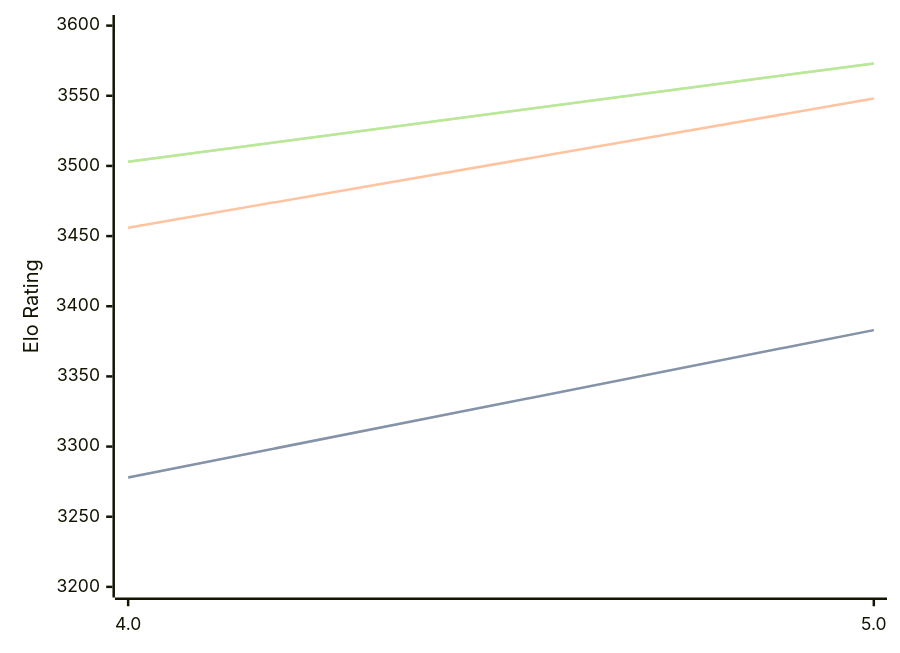
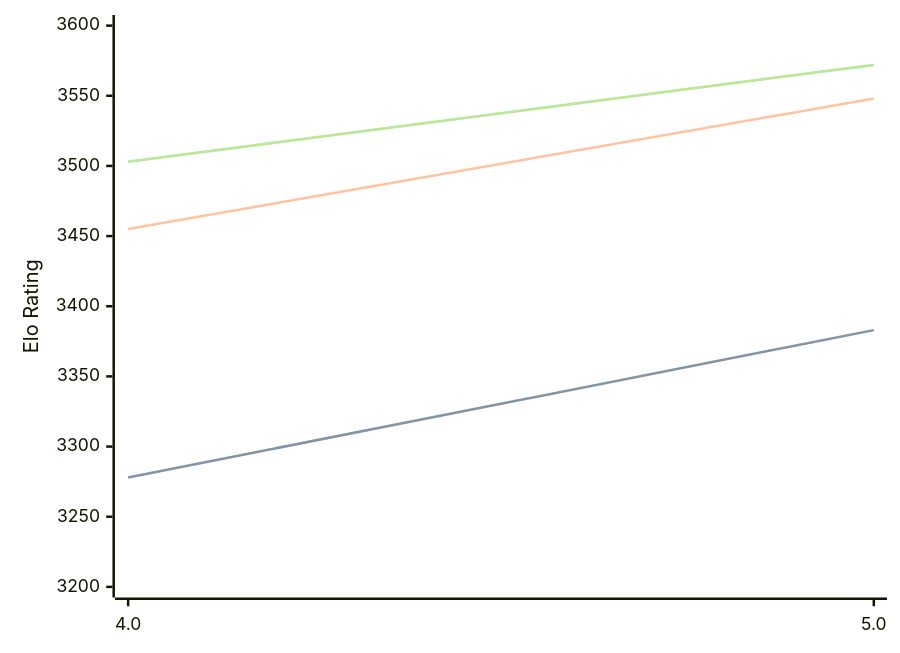
Before and after one commit to computer-chess-index/cci: the diagram in engines/Tarnished.md, drawn with Mermaid. The commit also changed other lines of this file, not shown here.

Commit message:
Update CCI Ratings (ELO VLTC) - 2026-03-24

````diff
--- a/engines/Tarnished.md
+++ b/engines/Tarnished.md
@@ -36,11 +36,11 @@
 ```mermaid
 %%{init: {"theme":"base","themeVariables":{"seriesColors:['#a3a3a3','#222221','#faa371']}}}%%
 xychart-beta
   x-axis ["4.0", "5.0"]
   y-axis "Elo Rating" 3200 --> 3600
   line "STC (8.0+0.08s)" [3278, 3383]
   line "STC (8.0+0.08s)" [3278, 3383]
-  line "LTC (60.0+0.60s)" [3456, 3548]
-  line "VLTC (2m24s+1.12s)" [3503, 3573]
-  line "VLTC (2m24s+1.12s)" [3503, 3573]
+  line "LTC (60.0+0.60s)" [3455, 3548]
+  line "VLTC (2m24s+1.12s)" [3503, 3572]
+  line "VLTC (2m24s+1.12s)" [3503, 3572]
 ```
````
